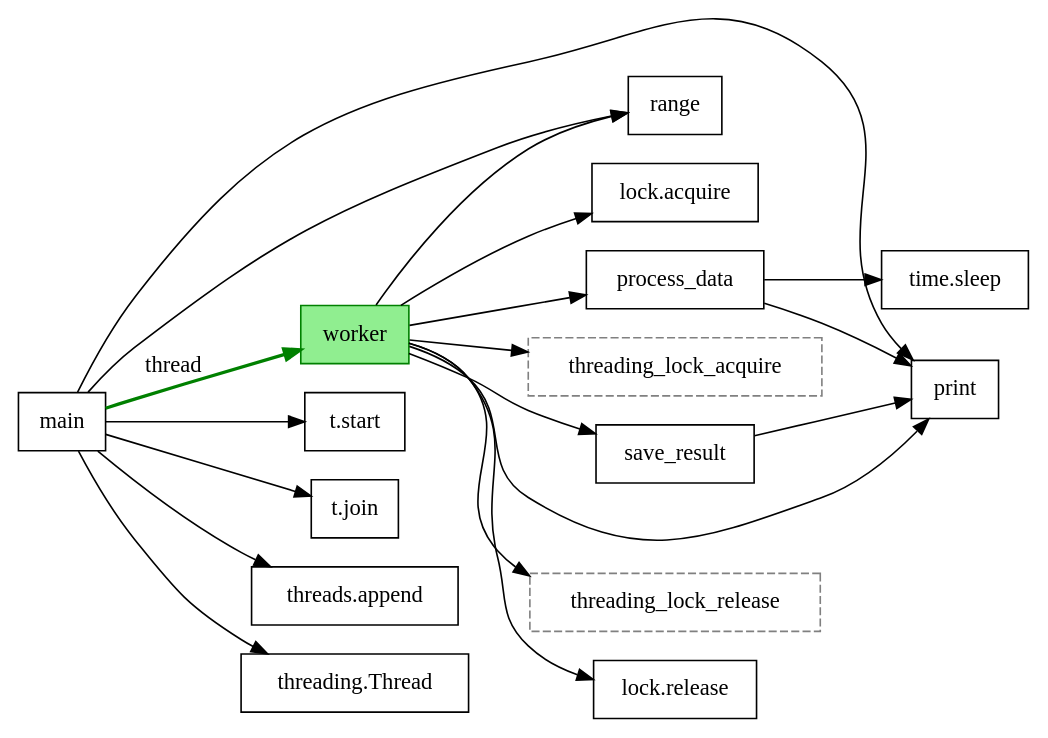
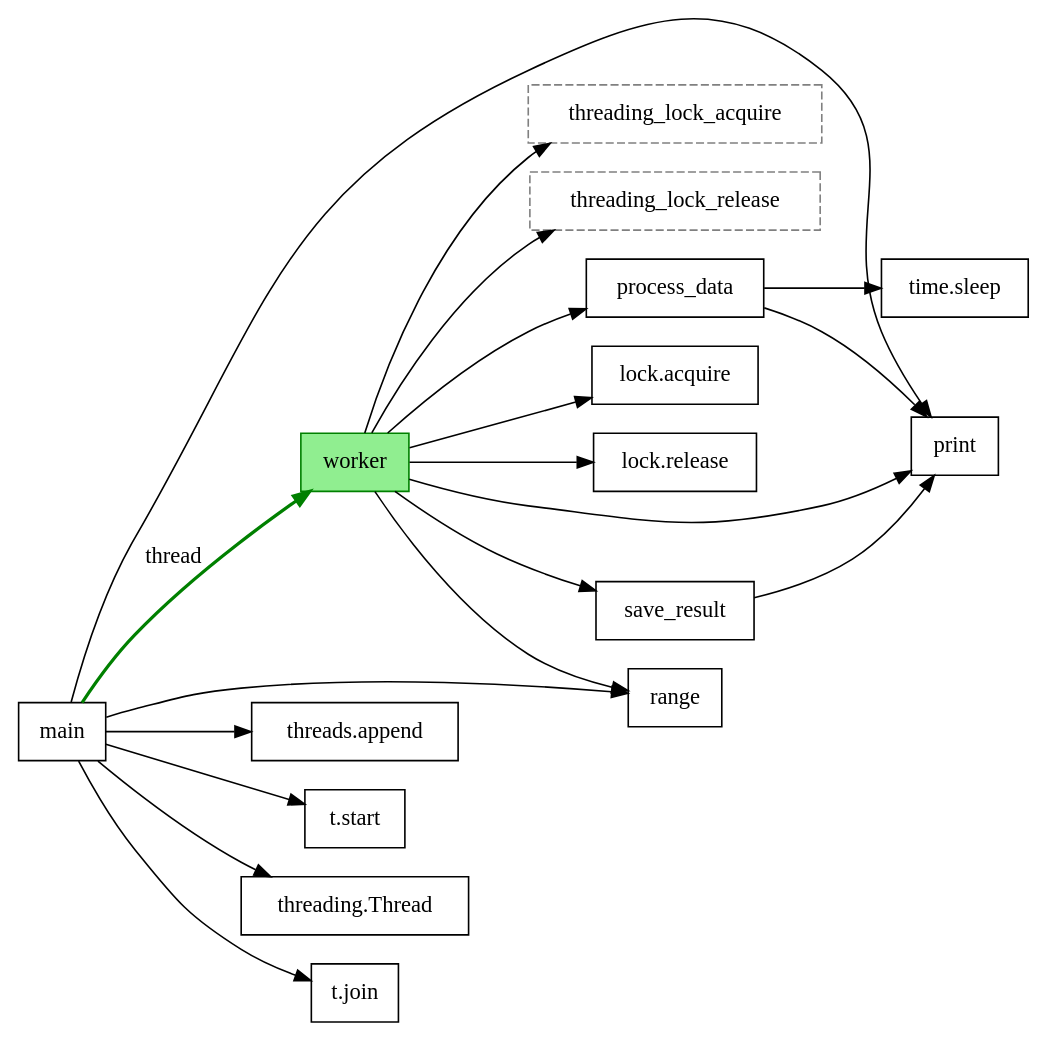
The diagram in callypy/config/simple_thread/simple_thread.dot (nirvana929/mydag), drawn with Graphviz before and after one commit. The commit also changed other lines of this file and 83 other files, not shown here.

```diff
--- a/callypy/config/simple_thread/simple_thread.dot
+++ b/callypy/config/simple_thread/simple_thread.dot
@@ -1,25 +1,25 @@
 strict digraph callgraph {
   rankdir=LR;
   node [shape=box];
   "worker" [color=green, style=filled, fillcolor=lightgreen];
+  "process_data" -> "time.sleep";
   "process_data" -> "print";
-  "process_data" -> "time.sleep";
+  "worker" -> "process_data";
+  "worker" -> "range";
+  "worker" -> "lock.acquire";
   "worker" -> "lock.release";
   "worker" -> "print";
-  "worker" -> "range";
-  "worker" -> "process_data";
   "worker" -> "save_result";
-  "worker" -> "lock.acquire";
   "save_result" -> "print";
+  "main" -> "threads.append";
+  "main" -> "range";
   "main" -> "t.start";
+  "main" -> "threading.Thread";
+  "main" -> "print";
   "main" -> "t.join";
-  "main" -> "print";
-  "main" -> "range";
-  "main" -> "threads.append";
-  "main" -> "threading.Thread";
   "main" -> "worker" [label="thread", color=green, penwidth=2.0];
   "threading_lock_acquire" [style=dashed, color=gray];
   "worker" -> "threading_lock_acquire";
   "threading_lock_release" [style=dashed, color=gray];
   "worker" -> "threading_lock_release";
 }
```
